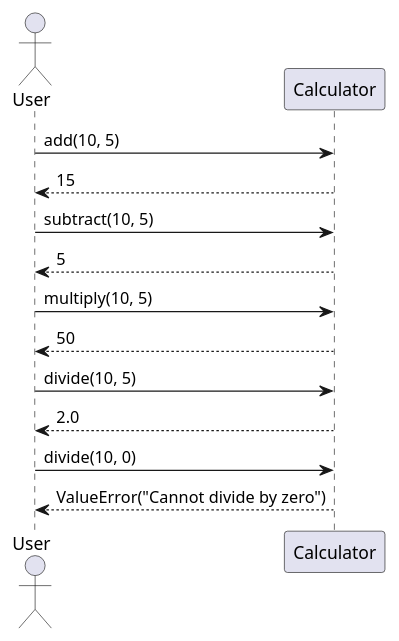
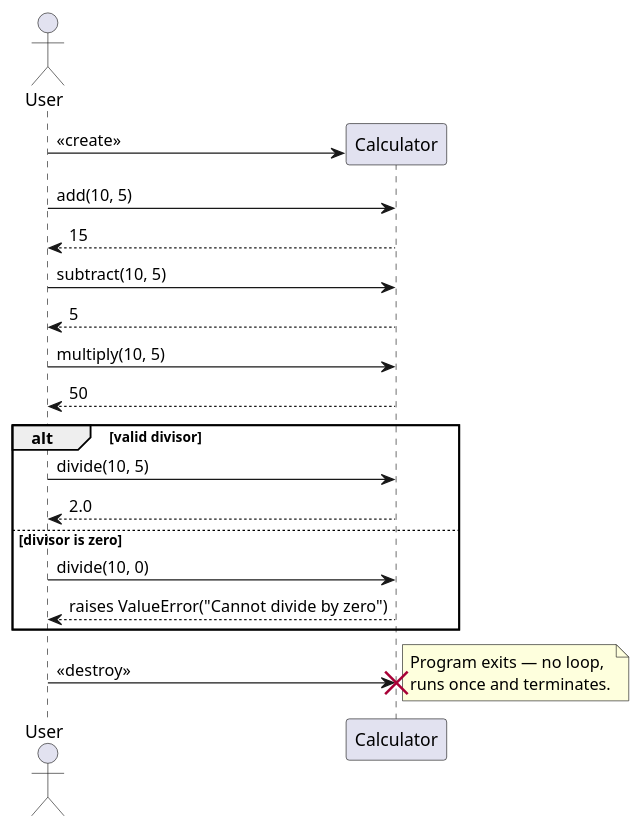
The diagram in artifacts/calculator_sequence_diagram.puml (DanielRiha8906/Bakalar_part_one), drawn with PlantUML before and after one commit. The commit also changed 1 other file, not shown here.

Commit message:
Fix sequence diagram: add lifecycle markers and exit note
Add <<create>>/<<destroy>> markers to show the Calculator object's
lifetime, replace flat divide calls with an alt block for the two
paths (valid divisor vs. zero), and add a termination note clarifying
the program runs once and exits.

Addresses reviewer question in PR #11 about how the sequence ends.

```diff
--- a/artifacts/calculator_sequence_diagram.puml
+++ b/artifacts/calculator_sequence_diagram.puml
@@ -1,21 +1,28 @@
 @startuml calculator_sequence_diagram
 
 actor User
 participant "Calculator" as Calc
+
+User -> Calc ** : <<create>>
 
 User -> Calc : add(10, 5)
 Calc --> User : 15
 
 User -> Calc : subtract(10, 5)
 Calc --> User : 5
 
 User -> Calc : multiply(10, 5)
 Calc --> User : 50
 
-User -> Calc : divide(10, 5)
-Calc --> User : 2.0
+alt valid divisor
+    User -> Calc : divide(10, 5)
+    Calc --> User : 2.0
+else divisor is zero
+    User -> Calc : divide(10, 0)
+    Calc --> User : raises ValueError("Cannot divide by zero")
+end
 
-User -> Calc : divide(10, 0)
-Calc --> User : ValueError("Cannot divide by zero")
+User -> Calc !! : <<destroy>>
+note right : Program exits — no loop,\nruns once and terminates.
 
 @enduml
```
